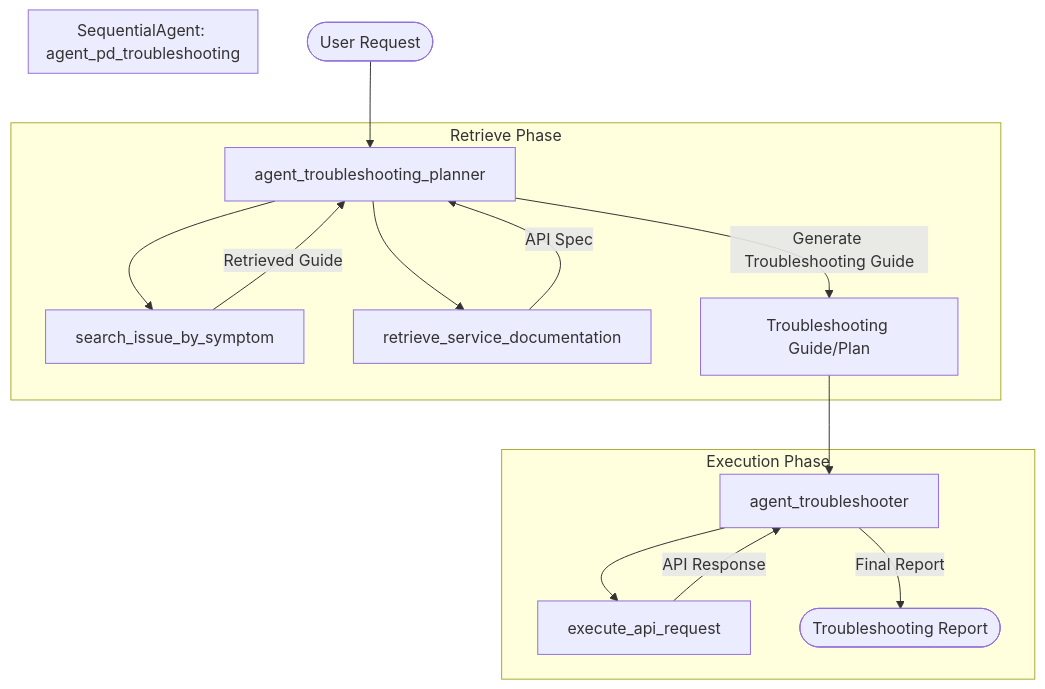
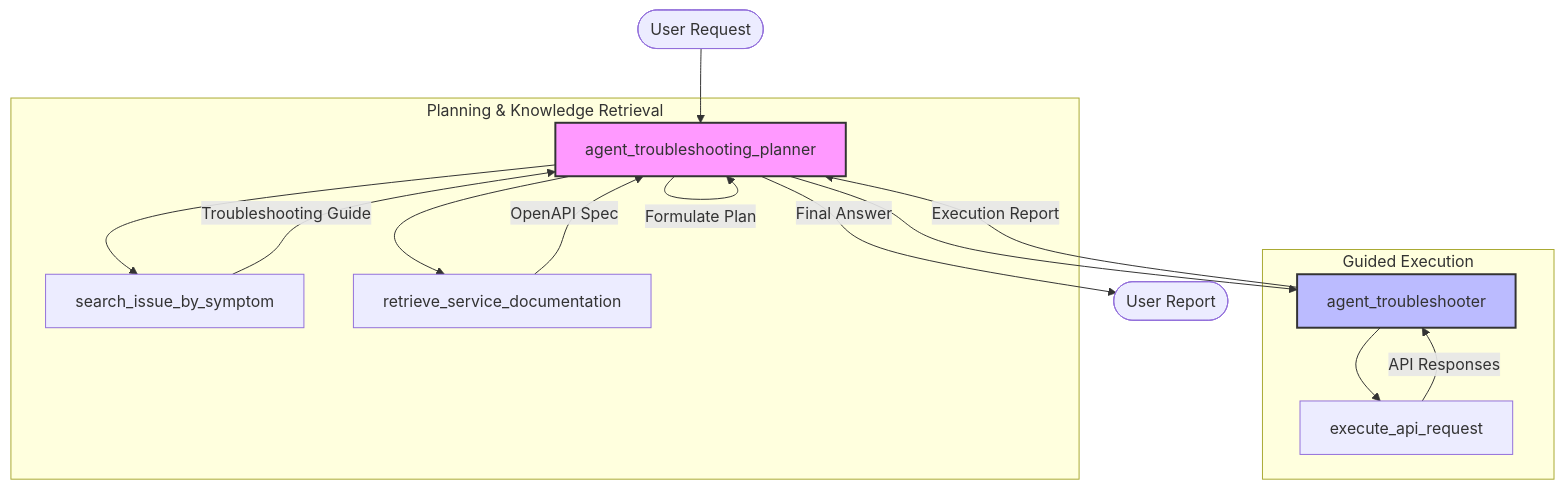
The diagram in src/agent_pd_troubleshooting/README.md (ningxia202109/google-adk-sample), drawn with Mermaid before and after one commit. The commit also changed other lines of this file, not shown here.

````diff
--- a/src/agent_pd_troubleshooting/README.md
+++ b/src/agent_pd_troubleshooting/README.md
@@ -10,25 +10,25 @@
 ```mermaid
 graph TD
-    User([User Request]) --> A1[agent_troubleshooting_planner]
+    User([User Request]) --> Planner[agent_troubleshooting_planner]
     
-    subgraph "Retrieve Phase"
-    A1 --> T1[search_issue_by_symptom]
-    T1 --> |Retrieved Guide| A1
-    A1 --> T2[retrieve_service_documentation]
-    T2 --> |API Spec| A1
-    A1 --> |Generate Troubleshooting Guide| Plan[Troubleshooting Guide/Plan]
+    subgraph "Planning & Knowledge Retrieval"
+    Planner --> KB[search_issue_by_symptom]
+    KB --> |Troubleshooting Guide| Planner
+    Planner --> Doc[retrieve_service_documentation]
+    Doc --> |OpenAPI Spec| Planner
+    Planner --> |Formulate Plan| Planner
     end
     
-    Plan --> A2[agent_troubleshooter]
+    Planner --> Executor[agent_troubleshooter]
     
-    subgraph "Execution Phase"
-    A2 --> T3[execute_api_request]
-    T3 --> |API Response| A2
-    A2 --> |Final Report| Result([Troubleshooting Report])
+    subgraph "Guided Execution"
+    Executor --> API[execute_api_request]
+    API --> |API Responses| Executor
+    Executor --> |Execution Report| Planner
     end
     
-    subgraph "SequentialAgent: agent_pd_troubleshooting"
-    A1
-    A2
-    end
+    Planner --> |Final Answer| Final([User Report])
+
+    style Planner fill:#f9f,stroke:#333,stroke-width:2px
+    style Executor fill:#bbf,stroke:#333,stroke-width:2px
 ```
````
